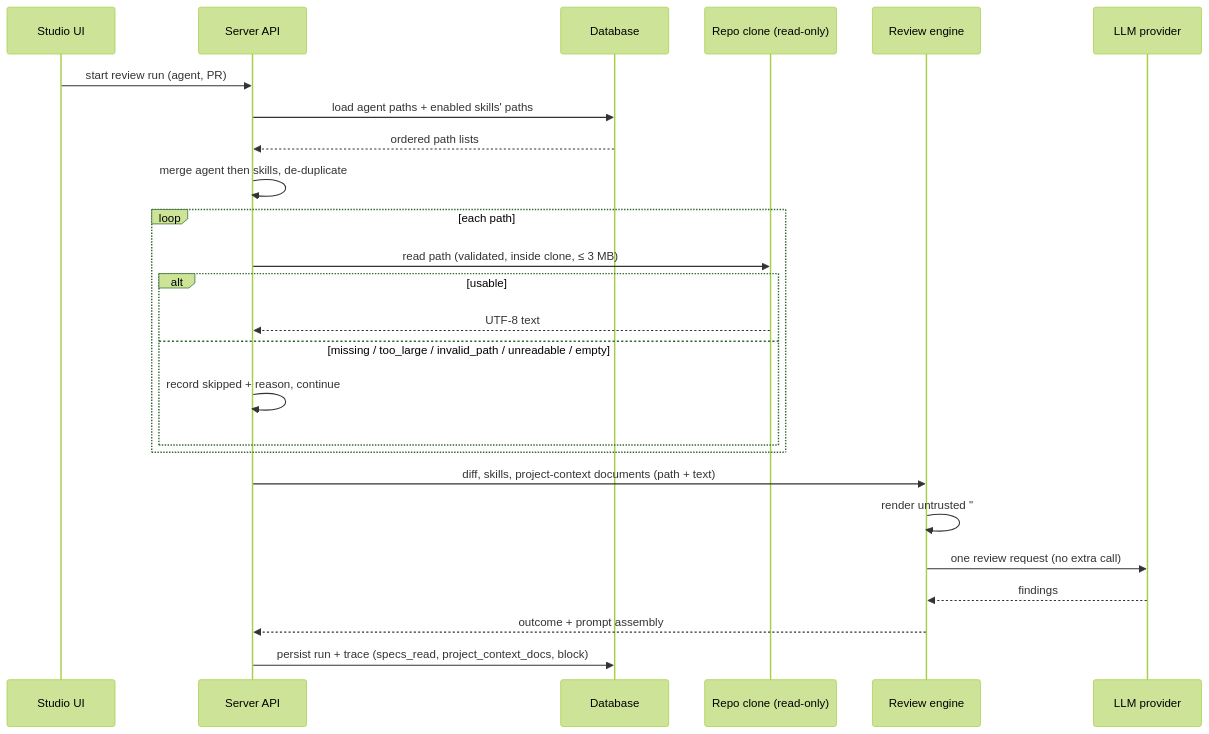
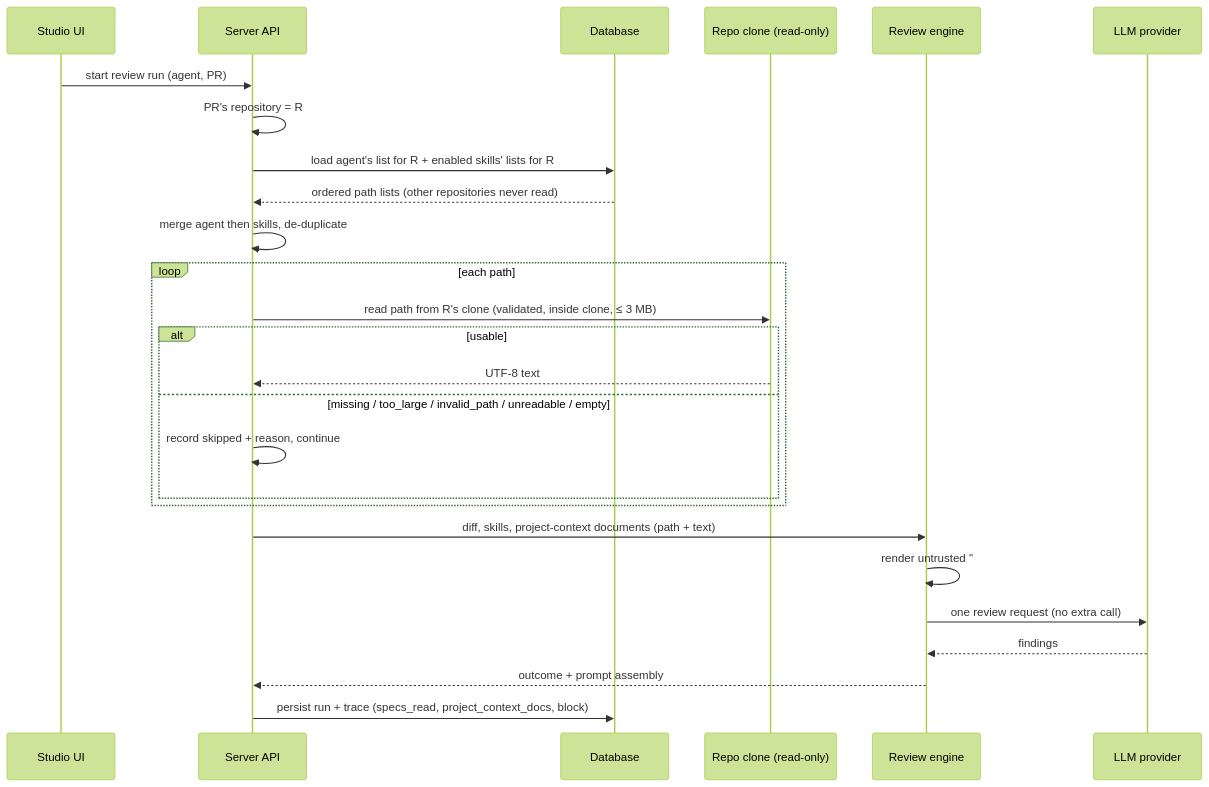
Before and after one commit to MShcherbyna/dev-digest: the first of 2 diagrams in specs/2026-10-11-project-context.md, drawn with Mermaid (forest theme). The commit also changed other lines of this file and 32 other files, not shown here.

First line of the commit message:
L05-lab: store Project Context attachments per repository (agent x repo, skill x repo)

````diff
--- a/specs/2026-10-11-project-context.md
+++ b/specs/2026-10-11-project-context.md
@@ -620,27 +777,28 @@
 ```mermaid
 sequenceDiagram
   participant UI as Studio UI
   participant API as Server API
   participant DB as Database
   participant FS as Repo clone (read-only)
   participant RC as Review engine
   participant LLM as LLM provider
   UI->>API: start review run (agent, PR)
-  API->>DB: load agent paths + enabled skills' paths
-  DB-->>API: ordered path lists
+  API->>API: PR's repository = R
+  API->>DB: load agent's list for R + enabled skills' lists for R
+  DB-->>API: ordered path lists (other repositories never read)
   API->>API: merge agent then skills, de-duplicate
   loop each path
-    API->>FS: read path (validated, inside clone, ≤ 3 MB)
+    API->>FS: read path from R's clone (validated, inside clone, ≤ 3 MB)
     alt usable
       FS-->>API: UTF-8 text
     else missing / too_large / invalid_path / unreadable / empty
       API->>API: record skipped + reason, continue
     end
   end
   API->>RC: diff, skills, project-context documents (path + text)
   RC->>RC: render untrusted "## Project context" block
   RC->>LLM: one review request (no extra call)
   LLM-->>RC: findings
   RC-->>API: outcome + prompt assembly
   API->>DB: persist run + trace (specs_read, project_context_docs, block)
 ```
````
